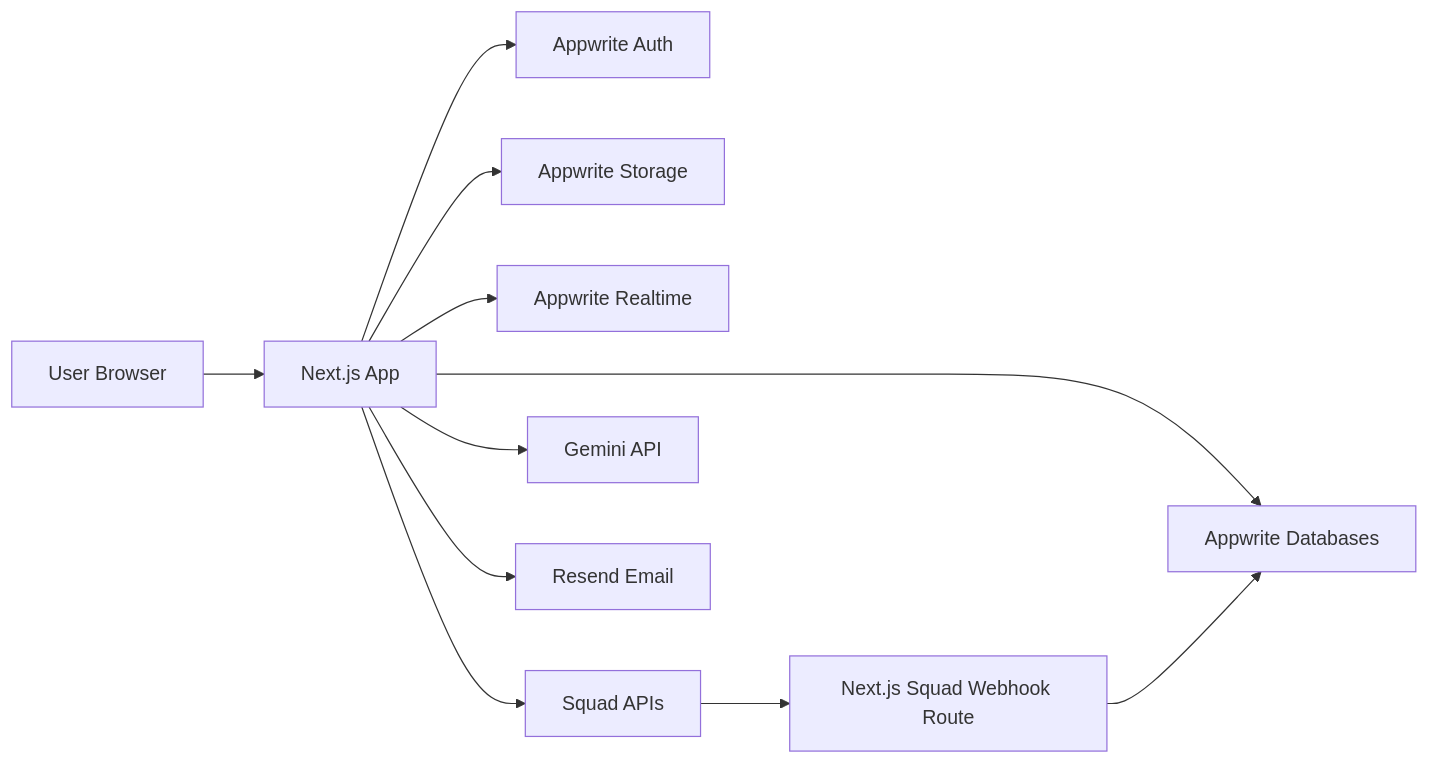
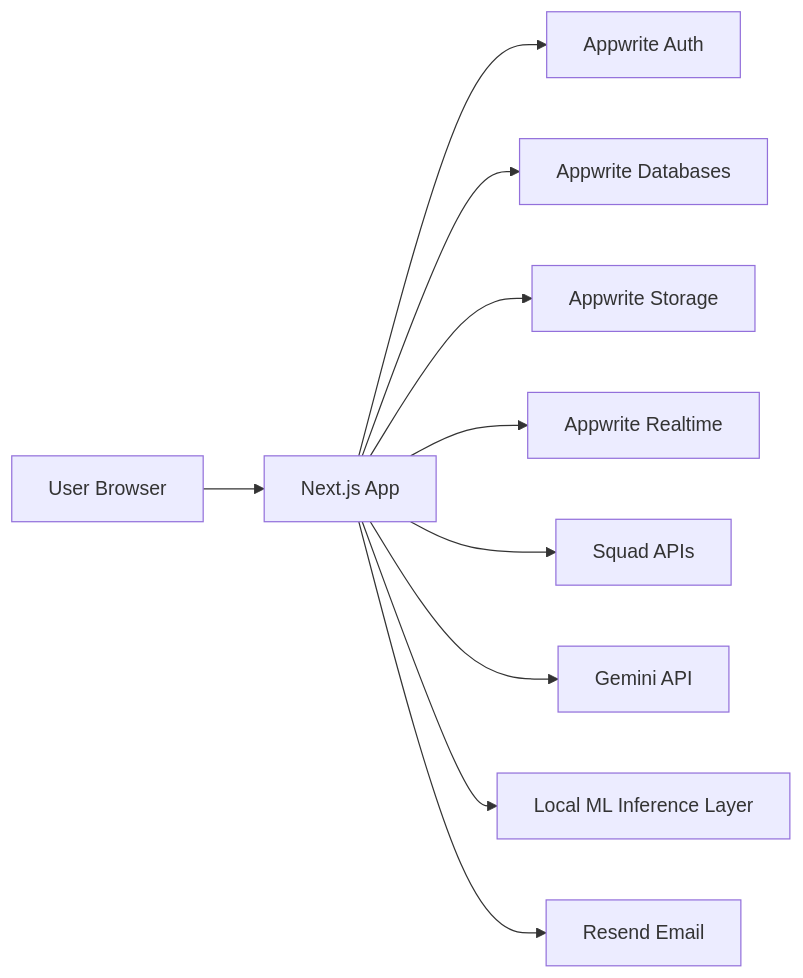
One commit to RalphFred/cline changed the first of 2 diagrams in context/architecture.md. Above: the diagram before and after it, drawn with Mermaid. The commit also changed other lines of this file and 19 other files, not shown here.

````diff
--- a/context/architecture.md
+++ b/context/architecture.md
@@ -35,13 +39,12 @@
 ```mermaid
 flowchart LR
   User["User Browser"] --> Next["Next.js App"]
   Next --> AppwriteAuth["Appwrite Auth"]
   Next --> AppwriteDB["Appwrite Databases"]
   Next --> AppwriteStorage["Appwrite Storage"]
   Next --> AppwriteRealtime["Appwrite Realtime"]
   Next --> Squad["Squad APIs"]
   Next --> Gemini["Gemini API"]
+  Next --> ML["Local ML Inference Layer"]
   Next --> Resend["Resend Email"]
-  Squad --> Webhook["Next.js Squad Webhook Route"]
-  Webhook --> AppwriteDB
 ```
````
